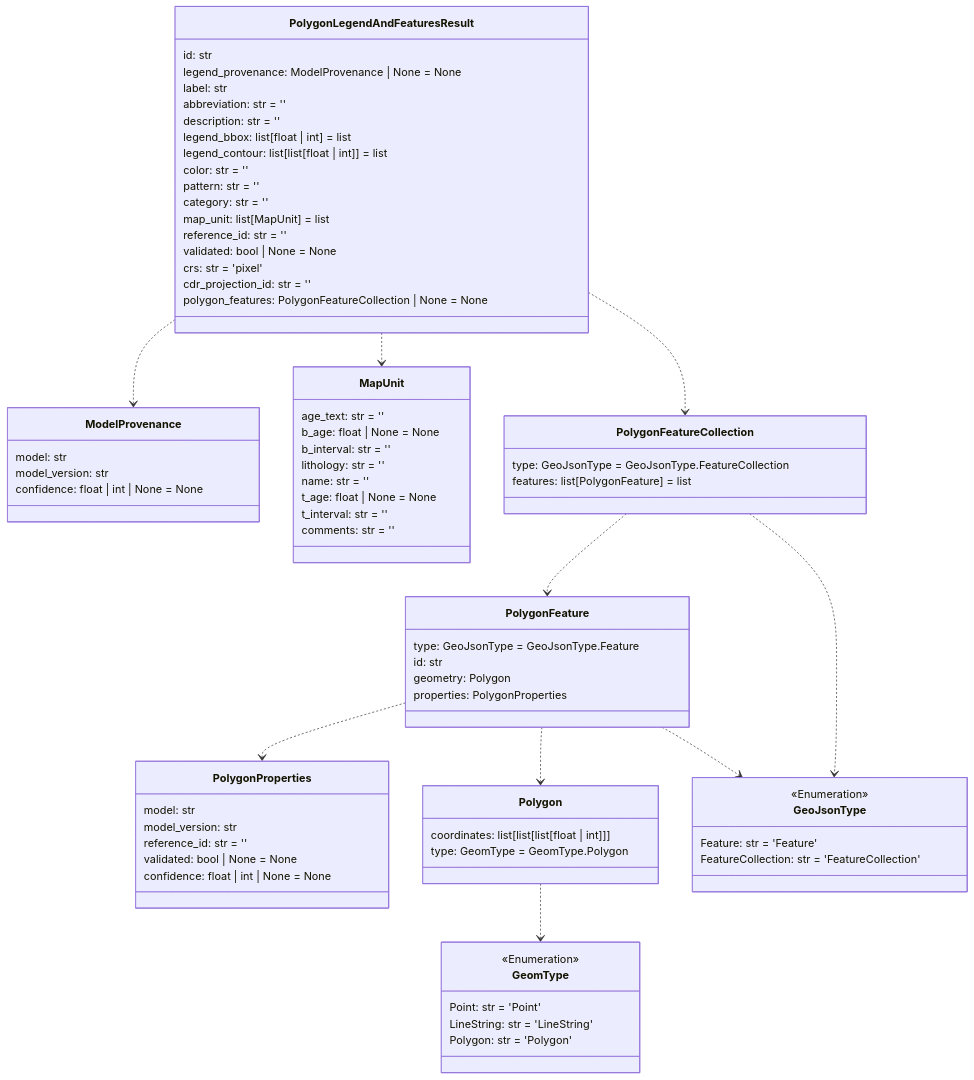
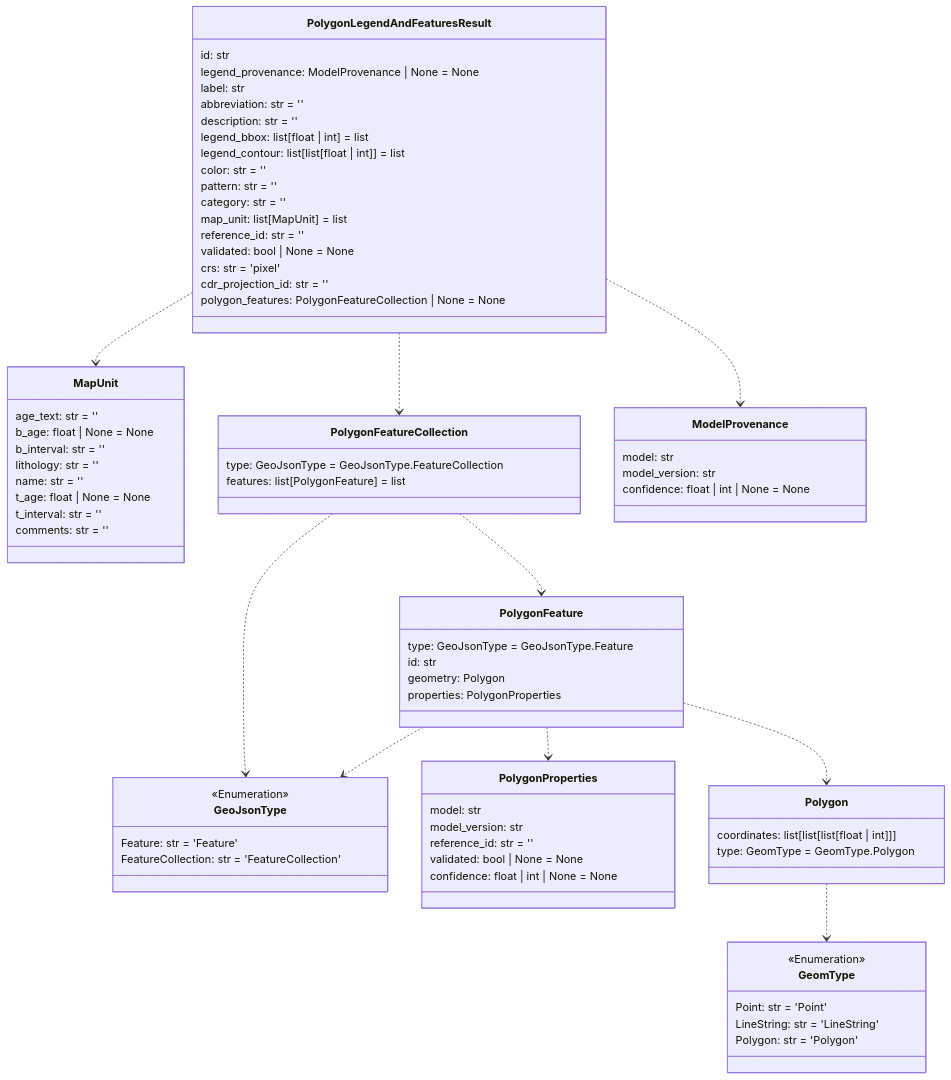
The seventh of 14 diagrams in README.md (DARPA-CRITICALMAAS/cdr_schemas), drawn with Mermaid before and after one commit. The commit also changed other lines of this file and 2 other files, not shown here.

````diff
--- a/README.md
+++ b/README.md
@@ -544,12 +544,5 @@
 ```mermaid
 classDiagram
-
-    class PolygonFeature {
-        type: GeoJsonType = GeoJsonType.Feature
-        id: str
-        geometry: Polygon
-        properties: PolygonProperties
-    }
 
     class PolygonProperties {
         model: str
@@ -559,21 +552,11 @@
         confidence: float | int | None = None
     }
 
-    class MapUnit {
-        age_text: str = ''
-        b_age: float | None = None
-        b_interval: str = ''
-        lithology: str = ''
-        name: str = ''
-        t_age: float | None = None
-        t_interval: str = ''
-        comments: str = ''
-    }
-
-    class GeoJsonType {
+    class GeomType {
         <<Enumeration>>
-        Feature: str = 'Feature'
-        FeatureCollection: str = 'FeatureCollection'
+        Point: str = 'Point'
+        LineString: str = 'LineString'
+        Polygon: str = 'Polygon'
     }
 
     class PolygonLegendAndFeaturesResult {
@@ -595,9 +578,38 @@
         polygon_features: PolygonFeatureCollection | None = None
     }
 
+    class GeoJsonType {
+        <<Enumeration>>
+        Feature: str = 'Feature'
+        FeatureCollection: str = 'FeatureCollection'
+    }
+
+    class MapUnit {
+        age_text: str = ''
+        b_age: float | None = None
+        b_interval: str = ''
+        lithology: str = ''
+        name: str = ''
+        t_age: float | None = None
+        t_interval: str = ''
+        comments: str = ''
+    }
+
     class Polygon {
         coordinates: list[list[list[float | int]]]
         type: GeomType = GeomType.Polygon
+    }
+
+    class PolygonFeature {
+        type: GeoJsonType = GeoJsonType.Feature
+        id: str
+        geometry: Polygon
+        properties: PolygonProperties
+    }
+
+    class PolygonFeatureCollection {
+        type: GeoJsonType = GeoJsonType.FeatureCollection
+        features: list[PolygonFeature] = list
     }
 
     class ModelProvenance {
@@ -606,27 +618,15 @@
         confidence: float | int | None = None
     }
 
-    class GeomType {
-        <<Enumeration>>
-        Point: str = 'Point'
-        LineString: str = 'LineString'
-        Polygon: str = 'Polygon'
-    }
-
-    class PolygonFeatureCollection {
-        type: GeoJsonType = GeoJsonType.FeatureCollection
-        features: list[PolygonFeature] = list
-    }
-
     Polygon ..> GeomType
+    PolygonFeature ..> GeoJsonType
     PolygonFeature ..> PolygonProperties
     PolygonFeature ..> Polygon
-    PolygonFeature ..> GeoJsonType
+    PolygonFeatureCollection ..> GeoJsonType
     PolygonFeatureCollection ..> PolygonFeature
-    PolygonFeatureCollection ..> GeoJsonType
-    PolygonLegendAndFeaturesResult ..> ModelProvenance
     PolygonLegendAndFeaturesResult ..> MapUnit
     PolygonLegendAndFeaturesResult ..> PolygonFeatureCollection
+    PolygonLegendAndFeaturesResult ..> ModelProvenance
 
 
 ```
````
